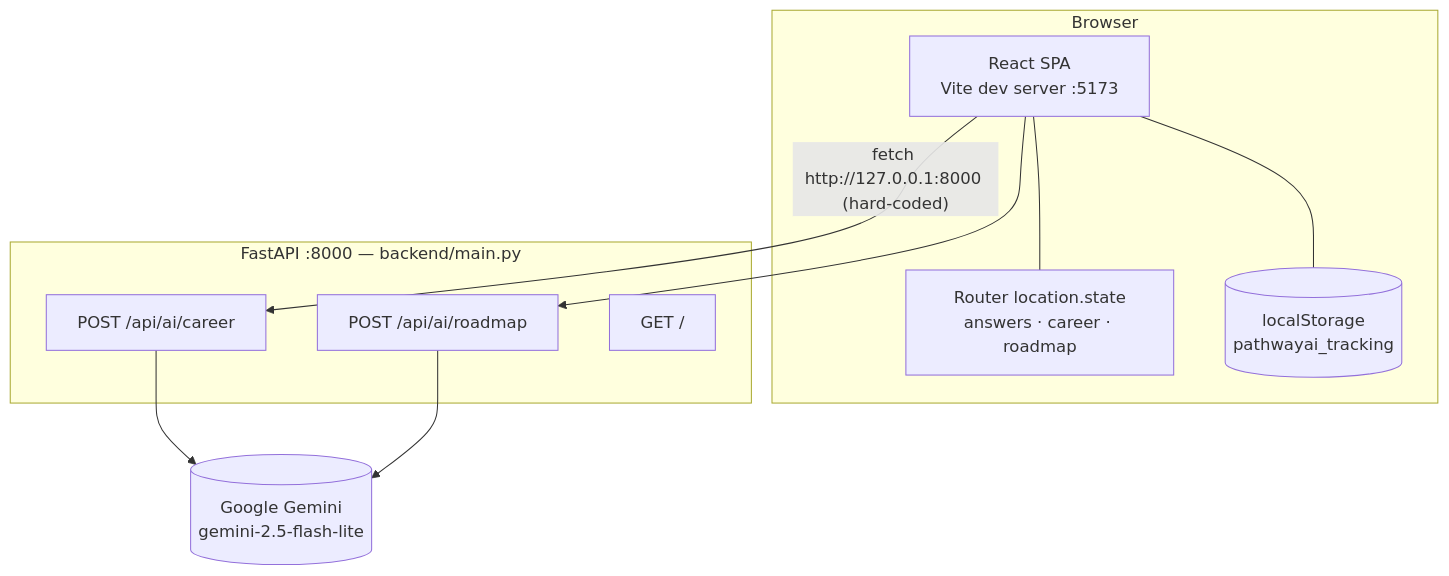
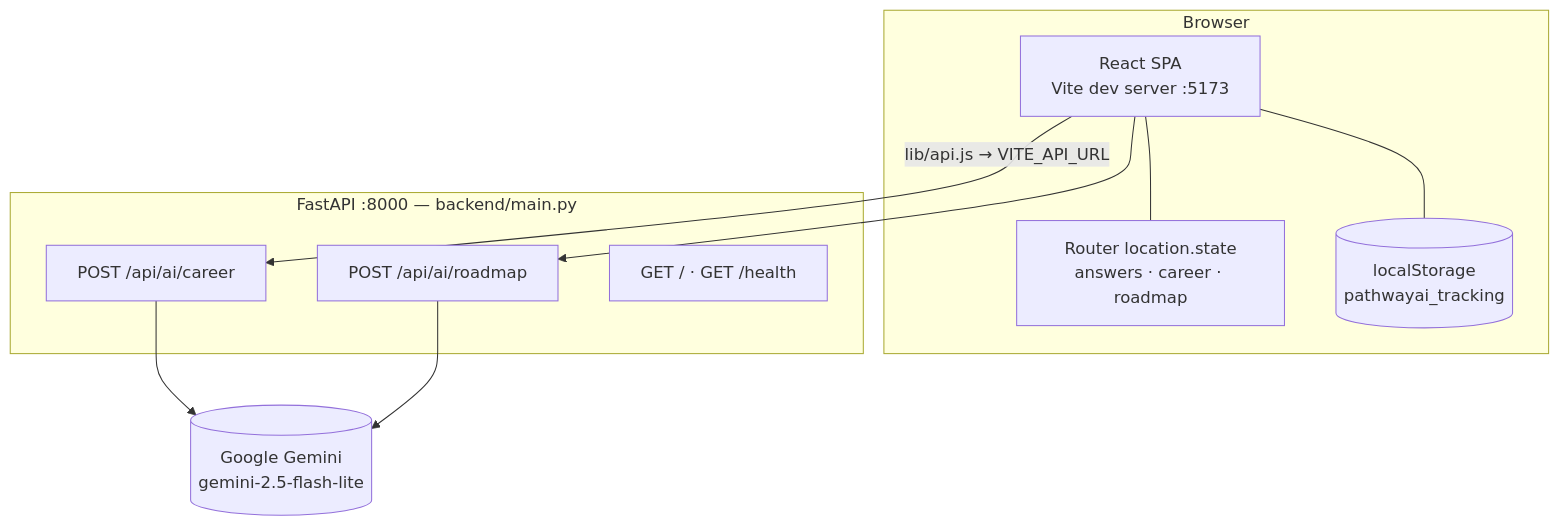
One commit to YussafZarifi/pathway-ai changed the first of 2 diagrams in docs/architecture.md. Above: the diagram before and after it, drawn with Mermaid. The commit also changed other lines of this file and 13 other files, not shown here.

````diff
--- a/docs/architecture.md
+++ b/docs/architecture.md
@@ -7,20 +7,20 @@
 ```mermaid
 flowchart TB
     subgraph Browser
         SPA[React SPA<br/>Vite dev server :5173]
         RS[Router location.state<br/>answers · career · roadmap]
         LS[(localStorage<br/>pathwayai_tracking)]
         SPA --- RS
         SPA --- LS
     end
     subgraph Server[FastAPI :8000 — backend/main.py]
         EP1[POST /api/ai/career]
         EP2[POST /api/ai/roadmap]
-        H[GET /]
+        H[GET / · GET /health]
     end
     GEM[(Google Gemini<br/>gemini-2.5-flash-lite)]
-    SPA -- "fetch http://127.0.0.1:8000 (hard-coded)" --> EP1
+    SPA -- "lib/api.js → VITE_API_URL" --> EP1
     SPA --> EP2
     EP1 --> GEM
     EP2 --> GEM
 ```
````
